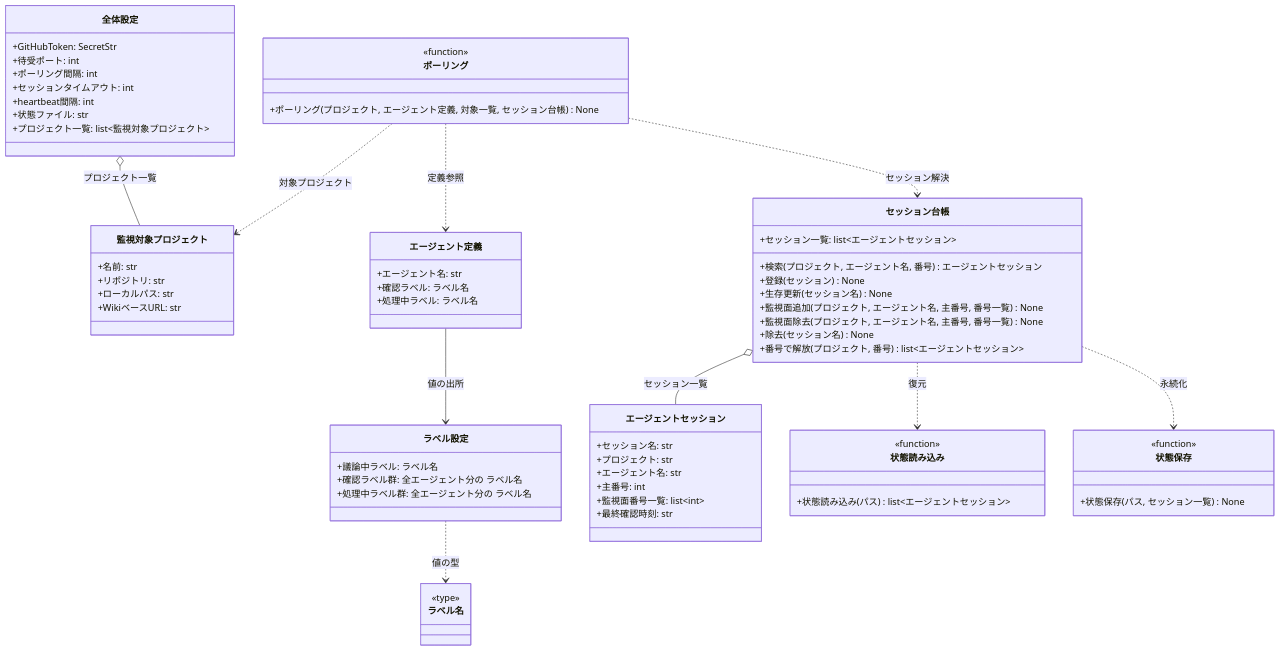
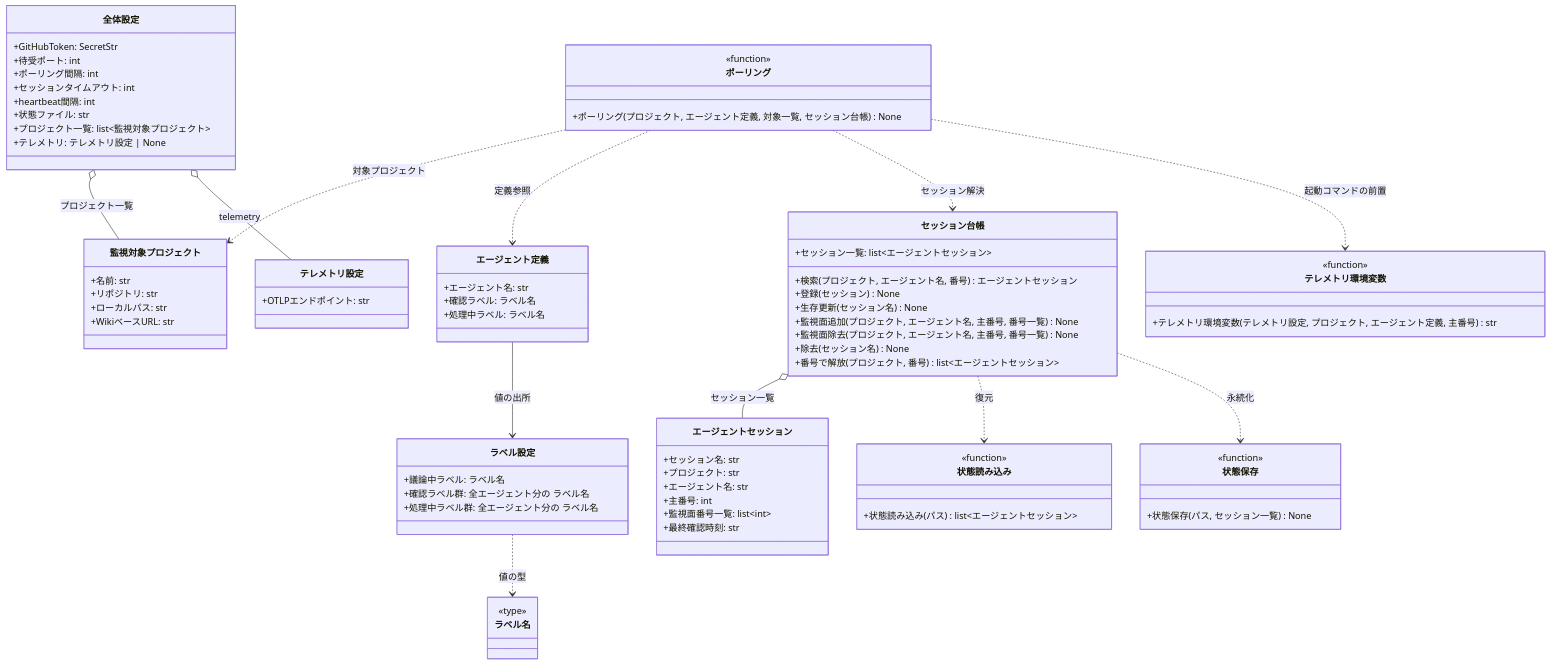
One commit to shuhei1101/ai-monitor changed the second of 2 diagrams in docs/wiki/設計図/モジュール構成/モニター/エージェント管理.py.md. Above: the diagram before and after it, drawn with Mermaid. The commit also changed other lines of this file and 5 other files, not shown here.

```diff
--- a/docs/wiki/設計図/モジュール構成/モニター/エージェント管理.py.md
+++ b/docs/wiki/設計図/モジュール構成/モニター/エージェント管理.py.md
@@ -97,9 +99,11 @@
   エージェント定義 --> ラベル設定 : 値の出所
   ラベル設定 ..> ラベル名 : 値の型
   全体設定 o-- 監視対象プロジェクト : プロジェクト一覧
+  全体設定 o-- テレメトリ設定 : telemetry
   ポーリング ..> 監視対象プロジェクト : 対象プロジェクト
   ポーリング ..> エージェント定義 : 定義参照
   ポーリング ..> セッション台帳 : セッション解決
+  ポーリング ..> テレメトリ環境変数 : 起動コマンドの前置
   セッション台帳 o-- エージェントセッション : セッション一覧
   セッション台帳 ..> 状態読み込み : 復元
   セッション台帳 ..> 状態保存 : 永続化
@@ -112,6 +116,14 @@
     +heartbeat間隔: int
     +状態ファイル: str
     +プロジェクト一覧: list~監視対象プロジェクト~
+    +テレメトリ: テレメトリ設定 | None
+  }
+  class テレメトリ設定 {
+    +OTLPエンドポイント: str
+  }
+  class テレメトリ環境変数 {
+    <<function>>
+    +テレメトリ環境変数(テレメトリ設定, プロジェクト, エージェント定義, 主番号) str
   }
   class 監視対象プロジェクト {
     +名前: str
@@ -164,6 +176,8 @@
   }
 
   click 全体設定 href "#全体設定"
+  click テレメトリ設定 href "#テレメトリ設定"
+  click テレメトリ環境変数 href "#テレメトリ環境変数"
   click 監視対象プロジェクト href "#監視対象プロジェクト"
   click エージェント定義 href "#エージェント定義"
   click ラベル設定 href "#ラベル設定"
```
